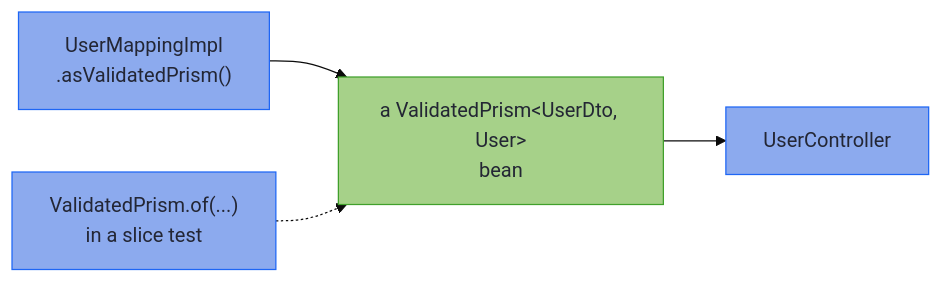
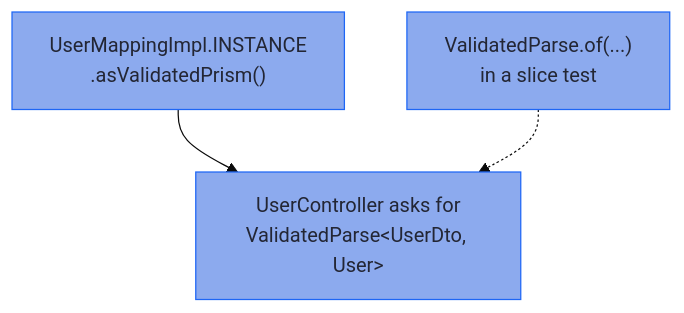
One commit to higher-kinded-j/higher-kinded-j changed the diagram in hkj-book/src/mapping/testing.md. Above: the diagram before and after it, drawn with Mermaid (base theme). The commit also changed other lines of this file and 6 other files, not shown here.

````diff
--- a/hkj-book/src/mapping/testing.md
+++ b/hkj-book/src/mapping/testing.md
@@ -20,13 +48,10 @@
 ```mermaid
-flowchart LR
+flowchart TD
     accTitle: The seam a surface makes
-    accDescr: In production the generated Impl's asValidatedPrism() fills the ValidatedPrism bean. In a slice test a ValidatedPrism.of value fills the same bean. The controller depends only on the bean's type.
-    I["UserMappingImpl<br/>.asValidatedPrism()"] --> P["a ValidatedPrism&lt;UserDto, User&gt;<br/>bean"]
-    F["ValidatedPrism.of(...)<br/>in a slice test"] -.-> P
-    P --> C["UserController"]
+    accDescr: In production the generated Impl's asValidatedPrism() bean fills the controller's ValidatedParse injection point. In a slice test a ValidatedParse.of value fills the same point.
+    I["UserMappingImpl.INSTANCE<br/>.asValidatedPrism()"] --> C["UserController asks for<br/>ValidatedParse&lt;UserDto, User&gt;"]
+    F["ValidatedParse.of(...)<br/>in a slice test"] -.-> C
 
     classDef wire fill:#8caaee,stroke:#1e66f5,color:#232634
-    classDef domain fill:#a6d189,stroke:#40a02b,color:#232634
     class I,F,C wire
-    class P domain
 ```
````
